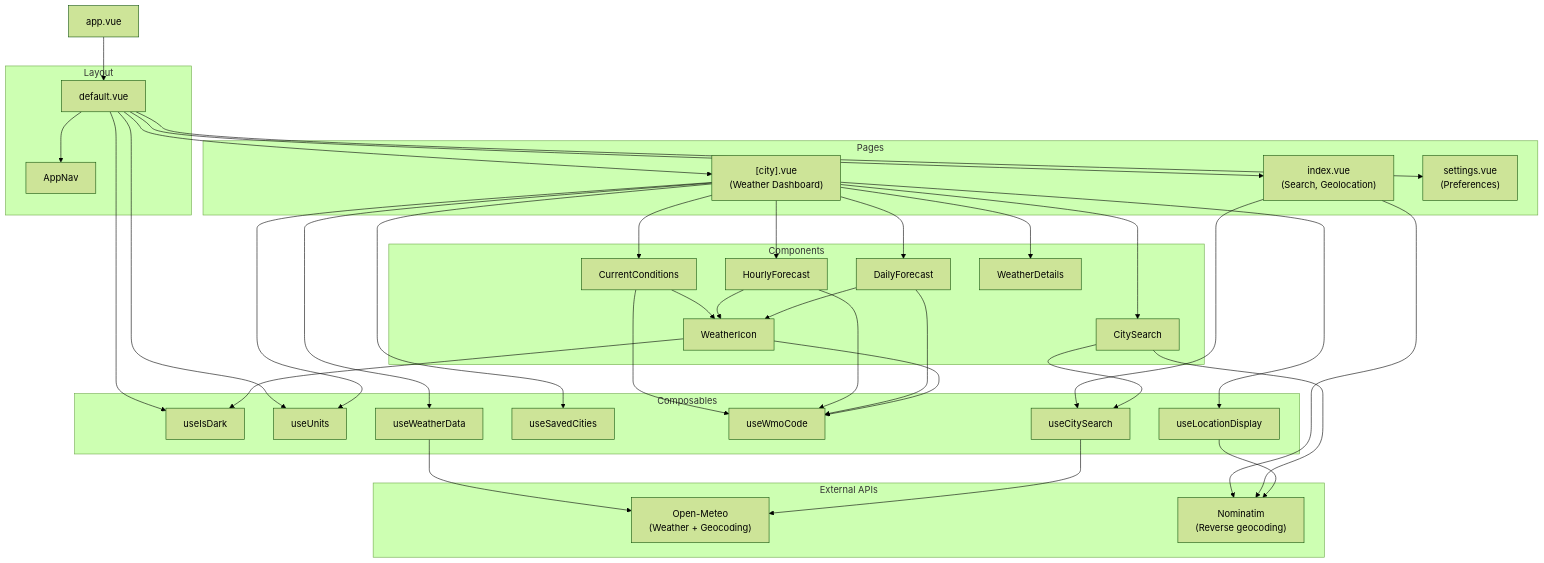
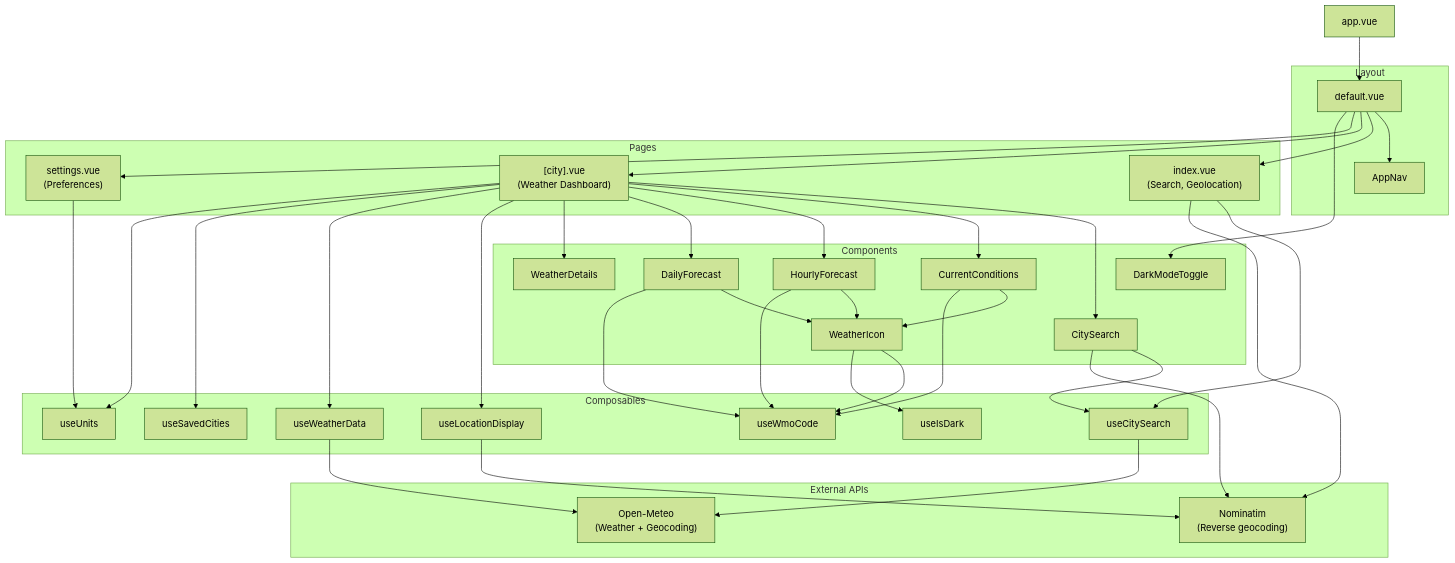
Before and after one commit to mpleroux/weather_app: the diagram in README.md, drawn with Mermaid (forest theme). The commit also changed other lines of this file, not shown here.

Commit message:
Update features, Mermaid diagram

````diff
--- a/README.md
+++ b/README.md
@@ -37,59 +38,62 @@
 ```mermaid
 graph TD
     AppVue["app.vue"]
 
     subgraph Layout["Layout"]
         DefaultLayout["default.vue"]
         AppNav["AppNav"]
     end
 
     subgraph Pages["Pages"]
         IndexPage["index.vue<br/>(Search, Geolocation)"]
         CityPage["[city].vue<br/>(Weather Dashboard)"]
         SettingsPage["settings.vue<br/>(Preferences)"]
     end
 
     subgraph Components["Components"]
         CitySearch["CitySearch"]
         CurrentConditions["CurrentConditions"]
         HourlyForecast["HourlyForecast"]
         DailyForecast["DailyForecast"]
         WeatherDetails["WeatherDetails"]
         WeatherIcon["WeatherIcon"]
+        DarkModeToggle["DarkModeToggle"]
     end
 
     subgraph Composables["Composables"]
         UseIsDark["useIsDark"]
         UseUnits["useUnits"]
         UseCitySearch["useCitySearch"]
         UseSavedCities["useSavedCities"]
         UseWmoCode["useWmoCode"]
         UseLocationDisplay["useLocationDisplay"]
         UseWeatherData["useWeatherData"]
     end
 
     subgraph APIs["External APIs"]
         OpenMeteo["Open-Meteo<br/>(Weather + Geocoding)"]
         Nominatim["Nominatim<br/>(Reverse geocoding)"]
     end
 
     AppVue --> DefaultLayout
     DefaultLayout --> AppNav & IndexPage & CityPage & SettingsPage
-    DefaultLayout --> UseUnits & UseIsDark
+    DefaultLayout --> DarkModeToggle
 
     IndexPage --> UseCitySearch & Nominatim
+
+    SettingsPage --> UseUnits
 
     CityPage --> CitySearch & CurrentConditions & HourlyForecast & DailyForecast & WeatherDetails
     CityPage --> UseLocationDisplay & UseWeatherData & UseSavedCities & UseUnits
 
     CitySearch --> UseCitySearch & Nominatim
 
     CurrentConditions --> WeatherIcon & UseWmoCode
     HourlyForecast --> WeatherIcon & UseWmoCode
     DailyForecast --> WeatherIcon & UseWmoCode
     WeatherIcon --> UseWmoCode & UseIsDark
 
     UseWeatherData --> OpenMeteo
     UseLocationDisplay --> Nominatim
     UseCitySearch --> OpenMeteo
 ```
````
